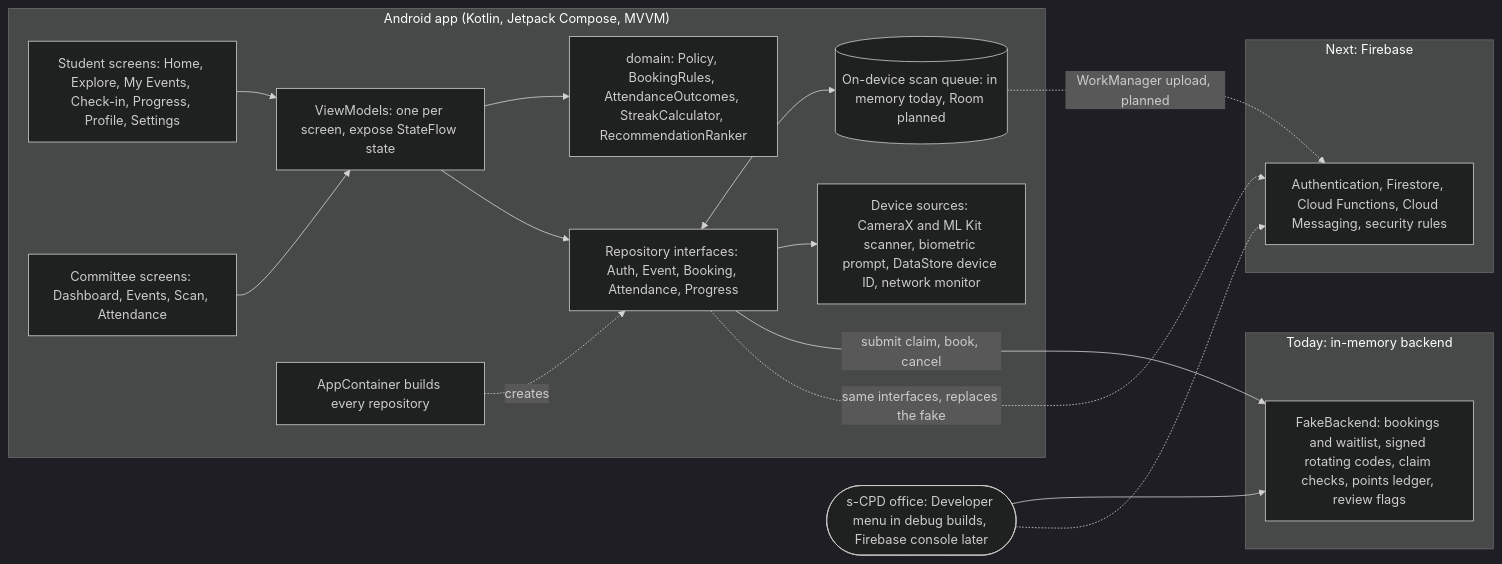
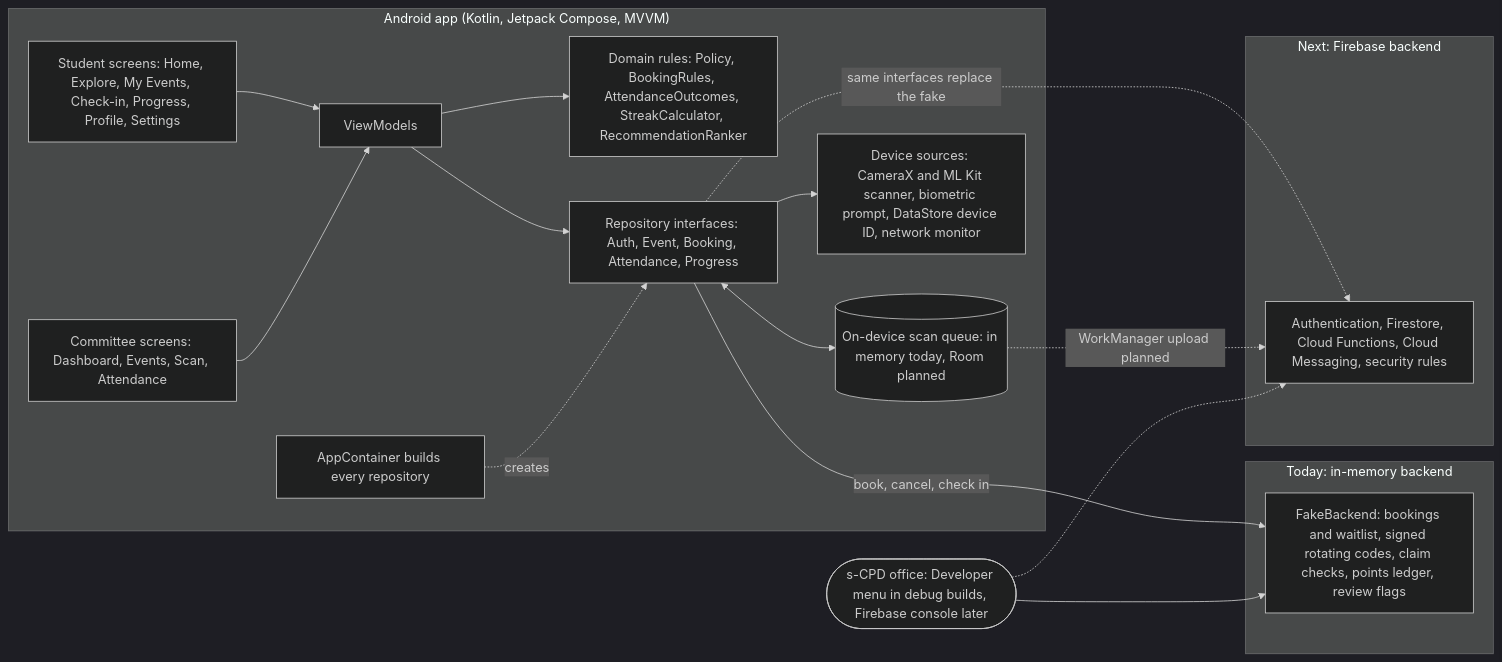
The first of 2 diagrams in docs/part2/6-changes-since-part1.md (k31k1w0n9/Group-M-sCPD-Tracker), drawn with Mermaid (dark theme) before and after one commit. The commit also changed other lines of this file, not shown here.

Commit message:
Fix architecture diagram rendering

````diff
--- a/docs/part2/6-changes-since-part1.md
+++ b/docs/part2/6-changes-since-part1.md
@@ -49,32 +49,32 @@
 ```mermaid
 flowchart LR
   subgraph Device["Android app (Kotlin, Jetpack Compose, MVVM)"]
     UIS["Student screens: Home, Explore, My Events, Check-in, Progress, Profile, Settings"]
     UIC["Committee screens: Dashboard, Events, Scan, Attendance"]
-    VM["ViewModels: one per screen, expose StateFlow state"]
-    Dom["domain: Policy, BookingRules, AttendanceOutcomes, StreakCalculator, RecommendationRanker"]
+    VM["ViewModels"]
+    Dom["Domain rules: Policy, BookingRules, AttendanceOutcomes, StreakCalculator, RecommendationRanker"]
     Repo["Repository interfaces: Auth, Event, Booking, Attendance, Progress"]
     Queue[("On-device scan queue: in memory today, Room planned")]
     Sys["Device sources: CameraX and ML Kit scanner, biometric prompt, DataStore device ID, network monitor"]
     DI["AppContainer builds every repository"]
     UIS --> VM
     UIC --> VM
     VM --> Dom
     VM --> Repo
     Repo <--> Queue
     Repo --> Sys
-    DI -.creates.-> Repo
+    DI -.->|creates| Repo
   end
   subgraph Today["Today: in-memory backend"]
     Fake["FakeBackend: bookings and waitlist, signed rotating codes, claim checks, points ledger, review flags"]
   end
-  subgraph Next["Next: Firebase"]
+  subgraph Later["Next: Firebase backend"]
     FB["Authentication, Firestore, Cloud Functions, Cloud Messaging, security rules"]
   end
   Office(["s-CPD office: Developer menu in debug builds, Firebase console later"])
-  Repo -->|"submit claim, book, cancel"| Fake
-  Repo -.->|"same interfaces, replaces the fake"| FB
+  Repo -->|book, cancel, check in| Fake
+  Repo -.->|same interfaces replace the fake| FB
+  Queue -.->|WorkManager upload planned| FB
   Office --> Fake
   Office -.-> FB
-  Queue -.->|"WorkManager upload, planned"| FB
 ```
````
